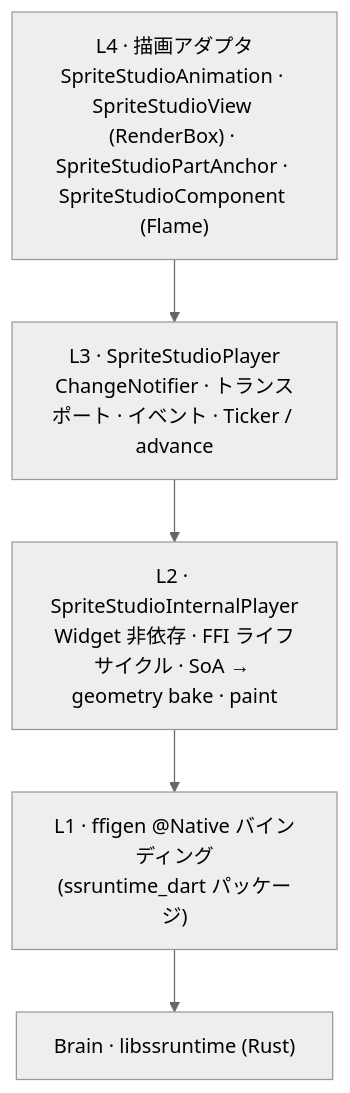
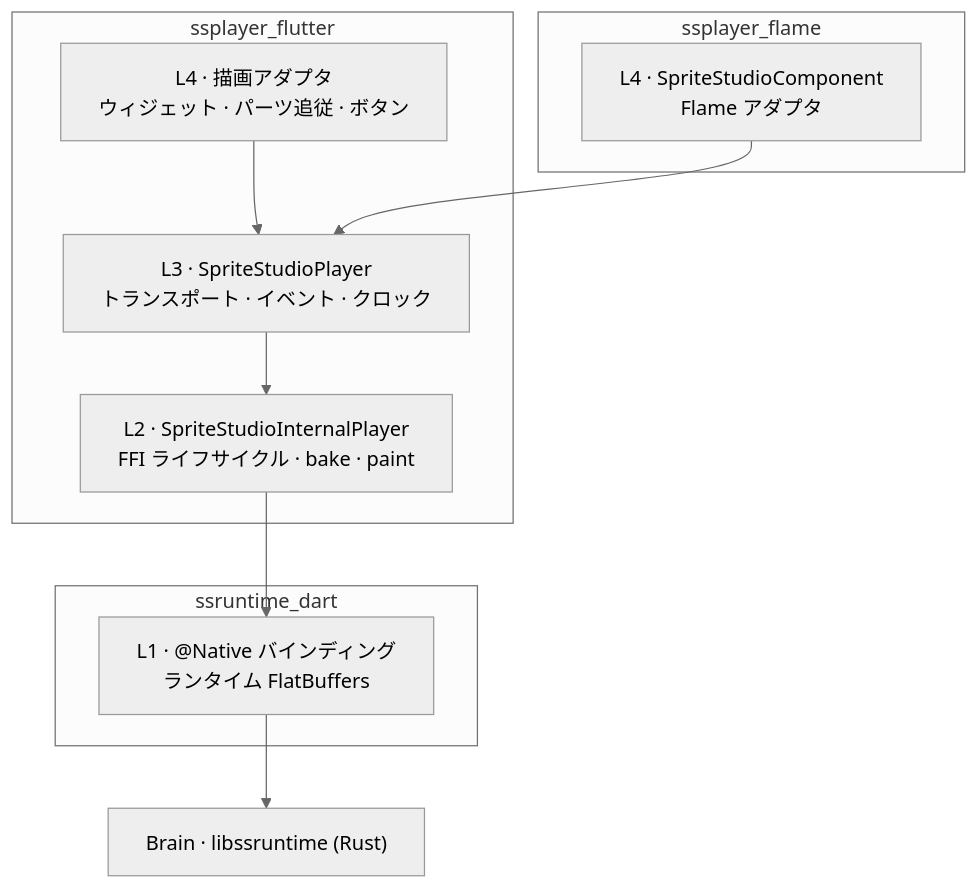
The first of 2 diagrams in docs/ja/development/architecture.md (cri-middleware/SSPlayerForFlutter), drawn with Mermaid (neutral theme) before and after one commit. The commit also changed other lines of this file and 1 other file, not shown here.

First line of the commit message:
docs(architecture): draw the layers by package, and the live-reload path

````diff
--- a/docs/ja/development/architecture.md
+++ b/docs/ja/development/architecture.md
@@ -9,9 +7,23 @@
 ```mermaid
+---
+config:
+  flowchart:
+    wrappingWidth: 400
+---
 flowchart TD
-    L4["L4 · 描画アダプタ<br/>SpriteStudioAnimation · SpriteStudioView (RenderBox) · SpriteStudioPartAnchor · SpriteStudioComponent (Flame)"]
-    L3["L3 · SpriteStudioPlayer<br/>ChangeNotifier · トランスポート · イベント · Ticker / advance"]
-    L2["L2 · SpriteStudioInternalPlayer<br/>Widget 非依存 · FFI ライフサイクル · SoA → geometry bake · paint"]
-    L1["L1 · ffigen @Native バインディング<br/>(ssruntime_dart パッケージ)"]
+    subgraph flame ["ssplayer_flame"]
+        F4["L4 · SpriteStudioComponent<br/>Flame アダプタ"]
+    end
+    subgraph core ["ssplayer_flutter"]
+        L4["L4 · 描画アダプタ<br/>ウィジェット · パーツ追従 · ボタン"]
+        L3["L3 · SpriteStudioPlayer<br/>トランスポート · イベント · クロック"]
+        L2["L2 · SpriteStudioInternalPlayer<br/>FFI ライフサイクル · bake · paint"]
+    end
+    subgraph rt ["ssruntime_dart"]
+        L1["L1 · @Native バインディング<br/>ランタイム FlatBuffers"]
+    end
     Brain["Brain · libssruntime (Rust)"]
-    L4 --> L3 --> L2 --> L1 --> Brain
+    L4 --> L3
+    F4 --> L3
+    L3 --> L2 --> L1 --> Brain
 ```
````
